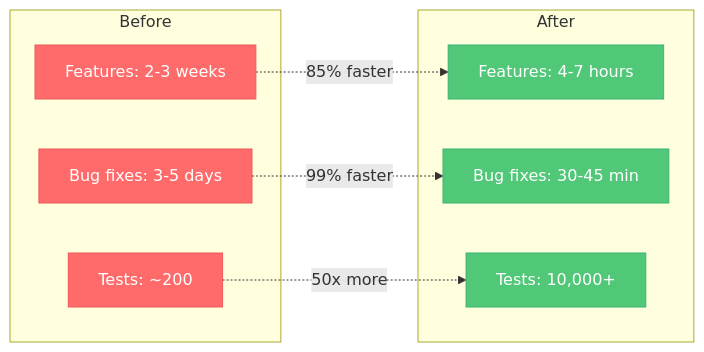
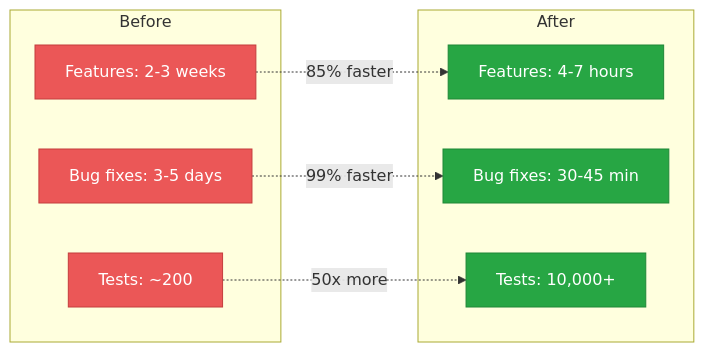
One commit to ao92265/claude-code-playbook changed the ninth of 9 diagrams in README.md. Above: the diagram before and after it, drawn with Mermaid. The commit also changed other lines of this file and 2 other files, not shown here.

First line of the commit message:
docs: visual upgrade — branded hero, unified diagram design system (#14)

````diff
--- a/README.md
+++ b/README.md
@@ -650,25 +672,23 @@
 ```mermaid
 graph LR
     subgraph "Before"
         B1["Features: 2-3 weeks"]
         B2["Bug fixes: 3-5 days"]
         B3["Tests: ~200"]
     end
 
     subgraph "After"
         A1["Features: 4-7 hours"]
         A2["Bug fixes: 30-45 min"]
         A3["Tests: 10,000+"]
     end
 
     B1 -.->|"85% faster"| A1
     B2 -.->|"99% faster"| A2
     B3 -.->|"50x more"| A3
 
-    style B1 fill:#FF6B6B,stroke:#EE5A5A,color:#fff
-    style B2 fill:#FF6B6B,stroke:#EE5A5A,color:#fff
-    style B3 fill:#FF6B6B,stroke:#EE5A5A,color:#fff
-    style A1 fill:#50C878,stroke:#3CB371,color:#fff
-    style A2 fill:#50C878,stroke:#3CB371,color:#fff
-    style A3 fill:#50C878,stroke:#3CB371,color:#fff
+    classDef danger fill:#EB5757,stroke:#C43D3D,color:#FFFFFF
+    classDef success fill:#27A644,stroke:#1F8737,color:#FFFFFF
+    class B1,B2,B3 danger
+    class A1,A2,A3 success
 ```
````
